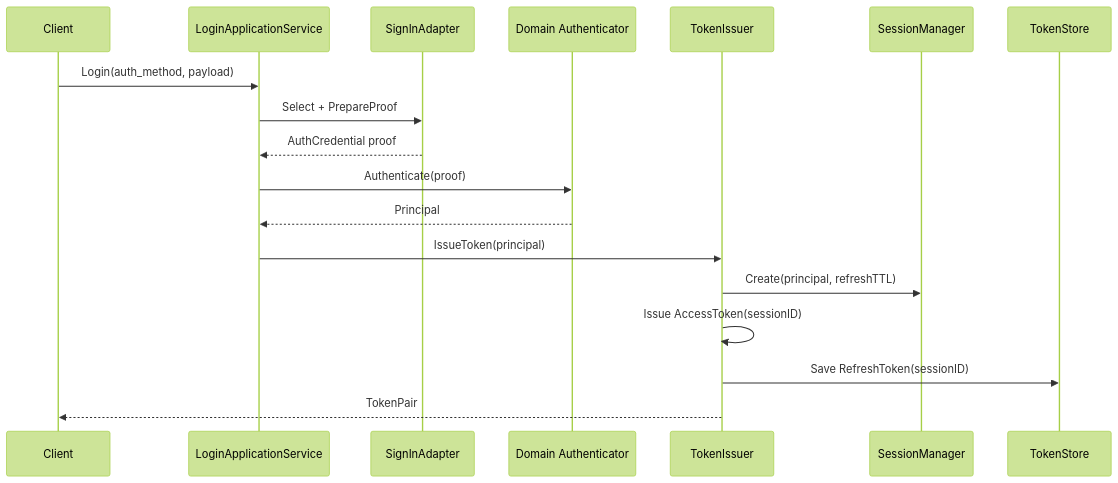
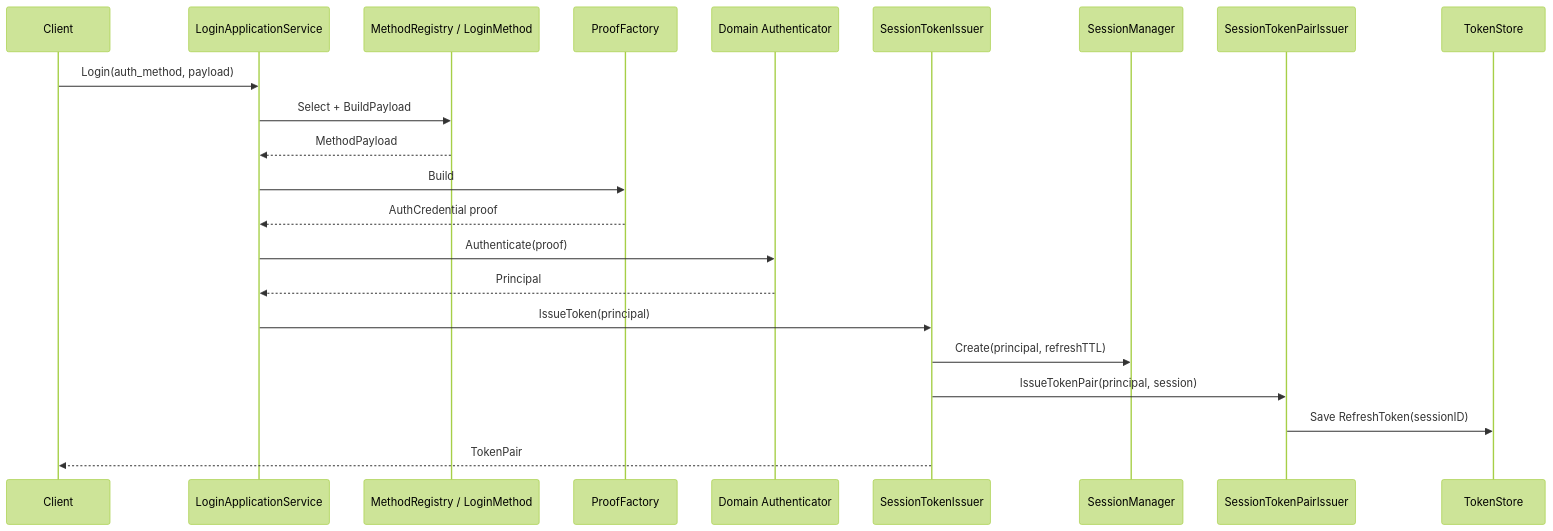
One commit to FangcunMount/iam changed the eighth of 29 diagrams in docs/08-宣讲/12-架构图素材索引.md. Above: the diagram before and after it, drawn with Mermaid (forest theme). The commit also changed other lines of this file and 18 other files, not shown here.

````diff
--- a/docs/08-宣讲/12-架构图素材索引.md
+++ b/docs/08-宣讲/12-架构图素材索引.md
@@ -473,21 +473,25 @@
 ```mermaid
 sequenceDiagram
     participant Client as Client
     participant Login as LoginApplicationService
-    participant Adapter as SignInAdapter
+    participant Method as MethodRegistry / LoginMethod
+    participant Proof as ProofFactory
     participant Authenticator as Domain Authenticator
-    participant Issuer as TokenIssuer
+    participant SessionIssuer as SessionTokenIssuer
     participant Session as SessionManager
+    participant PairIssuer as SessionTokenPairIssuer
     participant Store as TokenStore
 
     Client->>Login: Login(auth_method, payload)
-    Login->>Adapter: Select + PrepareProof
-    Adapter-->>Login: AuthCredential proof
+    Login->>Method: Select + BuildPayload
+    Method-->>Login: MethodPayload
+    Login->>Proof: Build
+    Proof-->>Login: AuthCredential proof
     Login->>Authenticator: Authenticate(proof)
     Authenticator-->>Login: Principal
-    Login->>Issuer: IssueToken(principal)
-    Issuer->>Session: Create(principal, refreshTTL)
-    Issuer->>Issuer: Issue AccessToken(sessionID)
-    Issuer->>Store: Save RefreshToken(sessionID)
-    Issuer-->>Client: TokenPair
+    Login->>SessionIssuer: IssueToken(principal)
+    SessionIssuer->>Session: Create(principal, refreshTTL)
+    SessionIssuer->>PairIssuer: IssueTokenPair(principal, session)
+    PairIssuer->>Store: Save RefreshToken(sessionID)
+    SessionIssuer-->>Client: TokenPair
 ```
````
